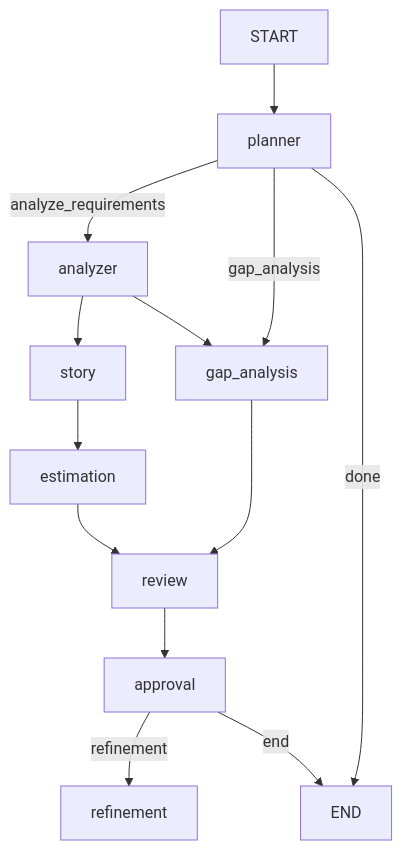
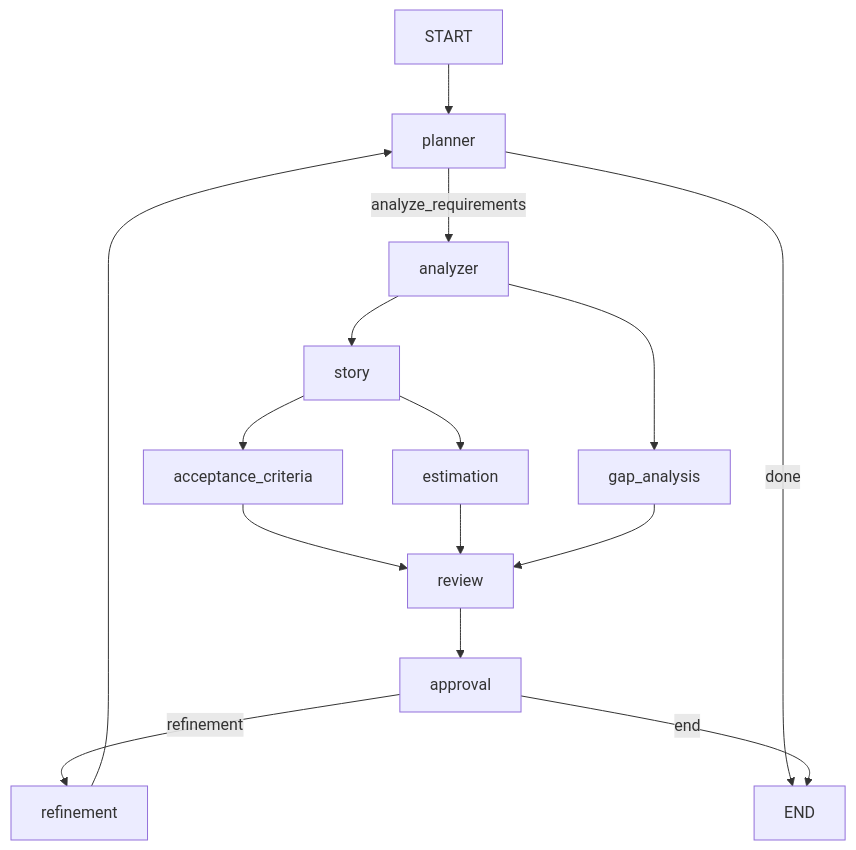
Before and after one commit to robocop24/ba-copilot: the diagram in BA_Copilot_V3/README.md, drawn with Mermaid. The commit also changed other lines of this file and 35 other files, not shown here.

Commit message:
feat: add acceptance_criteria node, fix planner context, typo fixes, update docs

````diff
--- a/BA_Copilot_V3/README.md
+++ b/BA_Copilot_V3/README.md
@@ -9,20 +9,24 @@
 ```mermaid
 graph TD
     START --> planner
 
     planner -->|analyze_requirements| analyzer
-    planner -->|gap_analysis| gap_analysis
     planner -->|done| END
 
     analyzer --> story
     analyzer --> gap_analysis
 
+    story --> acceptance_criteria
     story --> estimation
+
+    acceptance_criteria --> review
     estimation --> review
     gap_analysis --> review
 
     review --> approval
 
     approval -->|refinement| refinement
     approval -->|end| END
+
+    refinement --> planner
 ```
````
